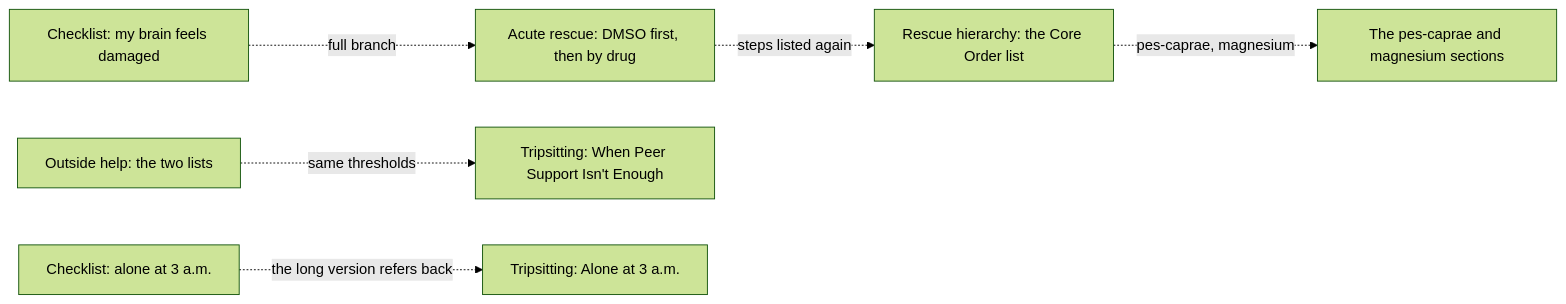
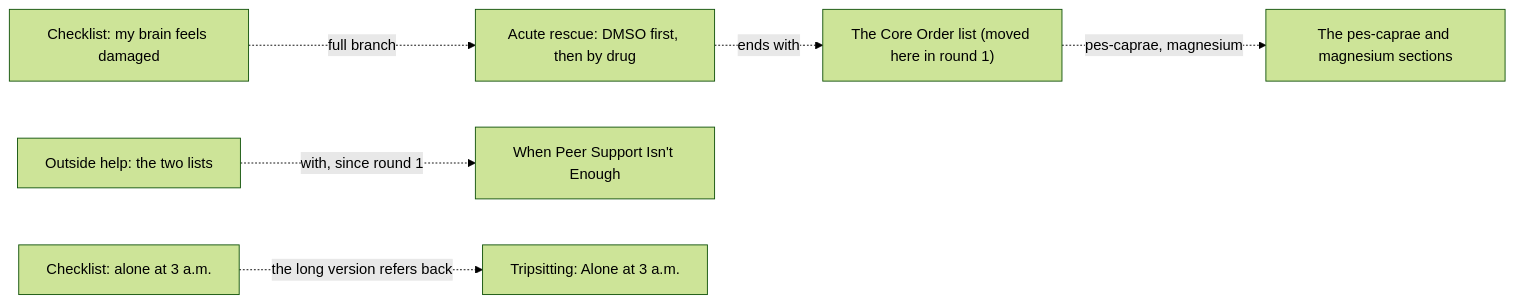
The second of 2 diagrams in articles/bad-trips/ARCHITECTURE.md (u-dont-existDOTcom/joel-articles), drawn with Mermaid (forest theme) before and after one commit. The commit also changed other lines of this file and 30 other files, not shown here.

````diff
--- a/articles/bad-trips/ARCHITECTURE.md
+++ b/articles/bad-trips/ARCHITECTURE.md
@@ -36,8 +37,8 @@
 ```mermaid
 flowchart LR
     brain["Checklist: my brain feels damaged"] -. "full branch" .-> rescue["Acute rescue: DMSO first, then by drug"]
-    rescue -. "steps listed again" .-> core["Rescue hierarchy: the Core Order list"]
+    rescue -. "ends with" .-> core["The Core Order list (moved here in round 1)"]
     core -. "pes-caprae, magnesium" .-> rem["The pes-caprae and magnesium sections"]
-    help["Outside help: the two lists"] -. "same thresholds" .-> peer["Tripsitting: When Peer Support Isn't Enough"]
+    help["Outside help: the two lists"] -. "with, since round 1" .-> peer["When Peer Support Isn't Enough"]
     chk3am["Checklist: alone at 3 a.m."] -. "the long version refers back" .-> long3am["Tripsitting: Alone at 3 a.m."]
 ```
````
